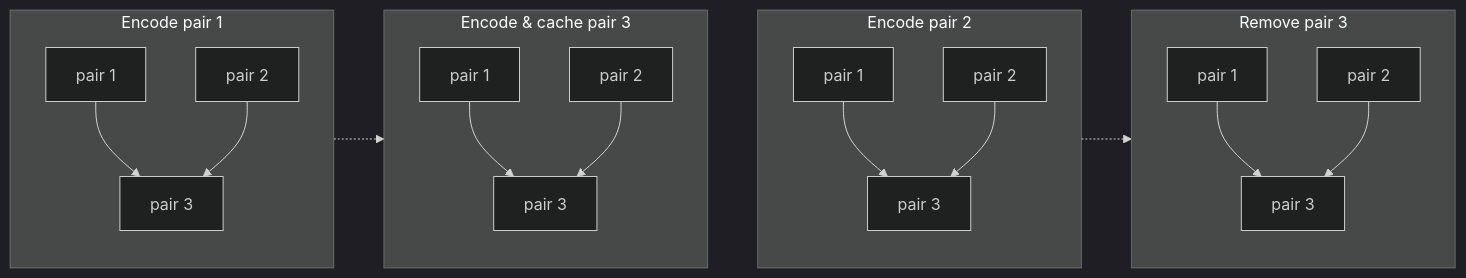
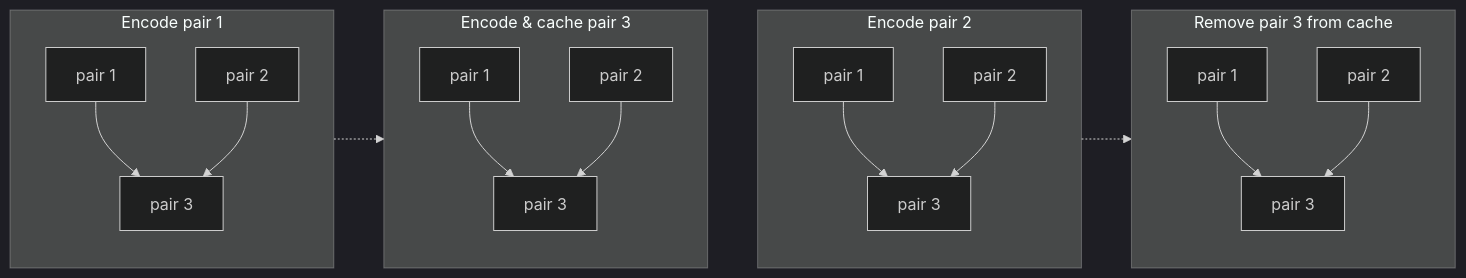
Before and after one commit to raviqqe/doc: the diagram in slides/papers/stak-scheme/merge.mmd, drawn with Mermaid (dark theme).

```diff
--- a/slides/papers/stak-scheme/merge.mmd
+++ b/slides/papers/stak-scheme/merge.mmd
@@ -1,34 +1,34 @@
 flowchart LR
   subgraph s0[Encode pair 1]
     direction TB
 
     c0[pair 1]:::blue --> c2[pair 3]
     c1[pair 2] --> c2
   end
 
   s0 -.-> s1
 
   subgraph s1[Encode & cache pair 3]
     direction TB
 
     c3[pair 1] --> c5[pair 3]:::blue
     c4[pair 2] --> c5
   end
 
   s1 ~~~ s2
 
   subgraph s2[Encode pair 2]
     direction TB
 
     c6[pair 1] --> c8[pair 3]
     c7[pair 2]:::blue --> c8
   end
 
   s2 -.-> s3
 
-  subgraph s3[Remove pair 3]
+  subgraph s3[Remove pair 3 from cache]
     direction TB
 
     c9[pair 1] --> c11[pair 3]:::red
     c10[pair 2] --> c11
   end
```
